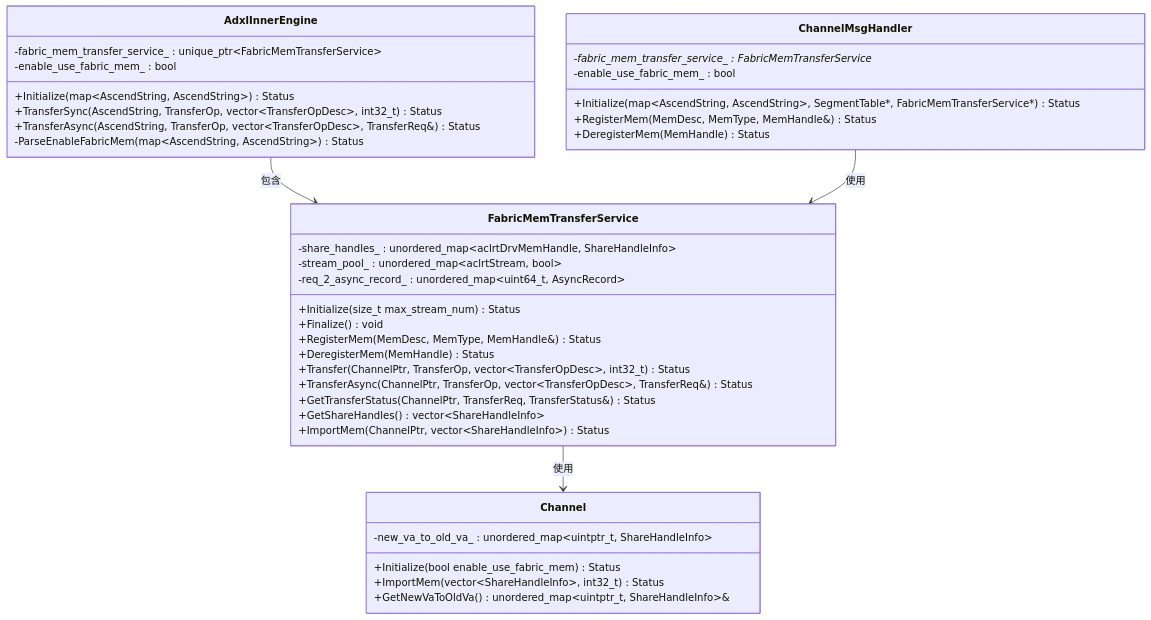
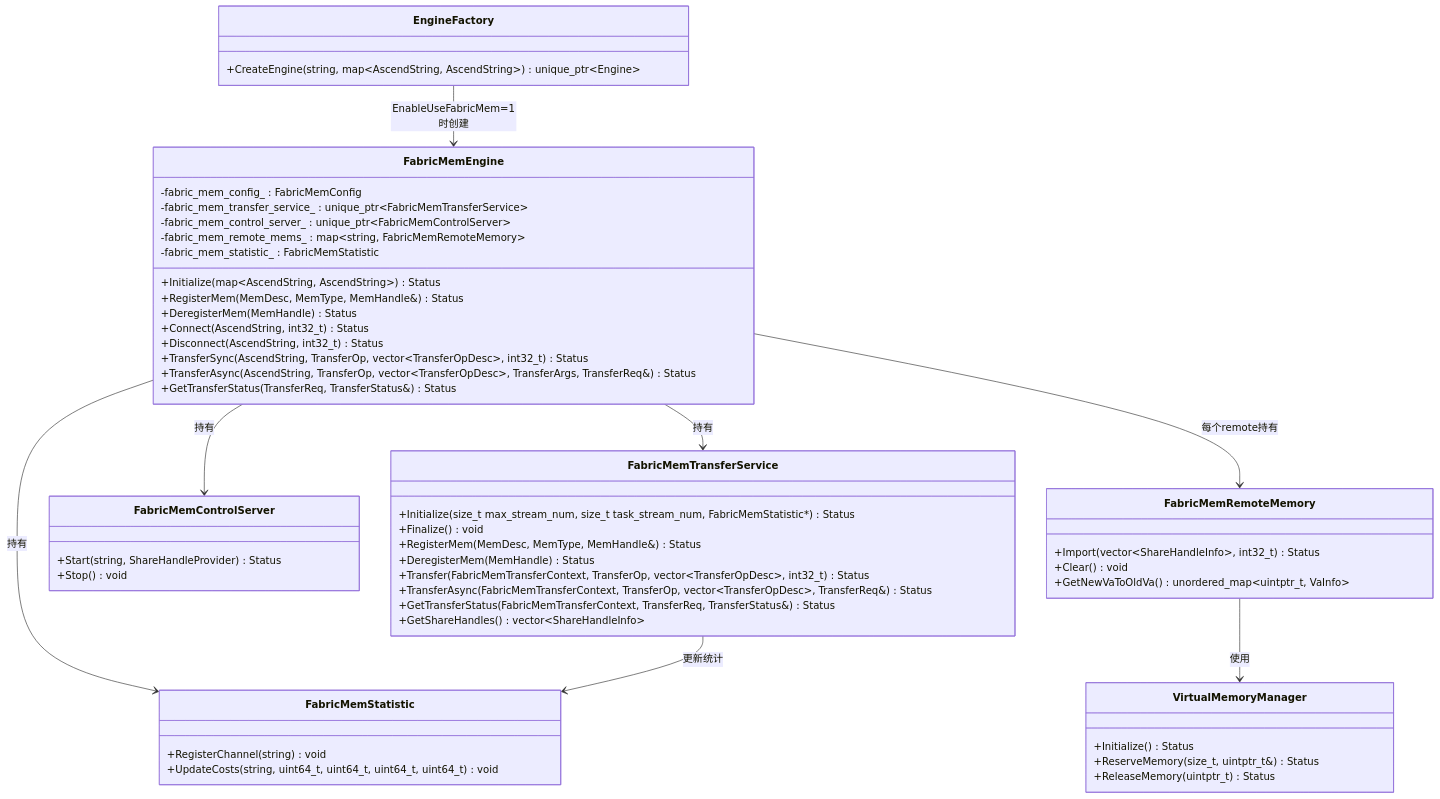
The first of 2 diagrams in docs/design/FabricMem模式设计.md (hicann/hixl), drawn with Mermaid before and after one commit. The commit also changed other lines of this file and 53 other files, not shown here.

First line of the commit message:
[refactor] refactor fabric_mem_transfer_service

````diff
--- a/docs/design/FabricMem模式设计.md
+++ b/docs/design/FabricMem模式设计.md
@@ -49,45 +53,63 @@
 ```mermaid
 classDiagram
+    class EngineFactory {
+        +CreateEngine(string, map~AscendString, AscendString~) unique_ptr~Engine~
+    }
+
+    class FabricMemEngine {
+        +Initialize(map~AscendString, AscendString~) Status
+        +RegisterMem(MemDesc, MemType, MemHandle&) Status
+        +DeregisterMem(MemHandle) Status
+        +Connect(AscendString, int32_t) Status
+        +Disconnect(AscendString, int32_t) Status
+        +TransferSync(AscendString, TransferOp, vector~TransferOpDesc~, int32_t) Status
+        +TransferAsync(AscendString, TransferOp, vector~TransferOpDesc~, TransferArgs, TransferReq&) Status
+        +GetTransferStatus(TransferReq, TransferStatus&) Status
+        -fabric_mem_config_ : FabricMemConfig
+        -fabric_mem_transfer_service_ : unique_ptr~FabricMemTransferService~
+        -fabric_mem_control_server_ : unique_ptr~FabricMemControlServer~
+        -fabric_mem_remote_mems_ : map~string, FabricMemRemoteMemory~
+        -fabric_mem_statistic_ : FabricMemStatistic
+    }
+
     class FabricMemTransferService {
-        +Initialize(size_t max_stream_num) Status
+        +Initialize(size_t max_stream_num, size_t task_stream_num, FabricMemStatistic*) Status
         +Finalize() void
         +RegisterMem(MemDesc, MemType, MemHandle&) Status
         +DeregisterMem(MemHandle) Status
-        +Transfer(ChannelPtr, TransferOp, vector~TransferOpDesc~, int32_t) Status
-        +TransferAsync(ChannelPtr, TransferOp, vector~TransferOpDesc~, TransferReq&) Status
-        +GetTransferStatus(ChannelPtr, TransferReq, TransferStatus&) Status
+        +Transfer(FabricMemTransferContext, TransferOp, vector~TransferOpDesc~, int32_t) Status
+        +TransferAsync(FabricMemTransferContext, TransferOp, vector~TransferOpDesc~, TransferReq&) Status
+        +GetTransferStatus(FabricMemTransferContext, TransferReq, TransferStatus&) Status
         +GetShareHandles() vector~ShareHandleInfo~
-        +ImportMem(ChannelPtr, vector~ShareHandleInfo~) Status
-        -share_handles_ : unordered_map~aclrtDrvMemHandle, ShareHandleInfo~
-        -stream_pool_ : unordered_map~aclrtStream, bool~
-        -req_2_async_record_ : unordered_map~uint64_t, AsyncRecord~
     }
 
-    class Channel {
-        +Initialize(bool enable_use_fabric_mem) Status
-        +ImportMem(vector~ShareHandleInfo~, int32_t) Status
-        +GetNewVaToOldVa() unordered_map~uintptr_t, ShareHandleInfo~&
-        -new_va_to_old_va_ : unordered_map~uintptr_t, ShareHandleInfo~
+    class FabricMemControlServer {
+        +Start(string, ShareHandleProvider) Status
+        +Stop() void
     }
 
-    class AdxlInnerEngine {
-        +Initialize(map~AscendString, AscendString~) Status
-        +TransferSync(AscendString, TransferOp, vector~TransferOpDesc~, int32_t) Status
-        +TransferAsync(AscendString, TransferOp, vector~TransferOpDesc~, TransferReq&) Status
-        -fabric_mem_transfer_service_ : unique_ptr~FabricMemTransferService~
-        -enable_use_fabric_mem_ : bool
-        -ParseEnableFabricMem(map~AscendString, AscendString~) Status
+    class FabricMemRemoteMemory {
+        +Import(vector~ShareHandleInfo~, int32_t) Status
+        +Clear() void
+        +GetNewVaToOldVa() unordered_map~uintptr_t, VaInfo~
     }
 
-    class ChannelMsgHandler {
-        +Initialize(map~AscendString, AscendString~, SegmentTable*, FabricMemTransferService*) Status
-        +RegisterMem(MemDesc, MemType, MemHandle&) Status
-        +DeregisterMem(MemHandle) Status
-        -fabric_mem_transfer_service_ : FabricMemTransferService*
-        -enable_use_fabric_mem_ : bool
+    class VirtualMemoryManager {
+        +Initialize() Status
+        +ReserveMemory(size_t, uintptr_t&) Status
+        +ReleaseMemory(uintptr_t) Status
     }
 
-    FabricMemTransferService --> Channel : 使用
-    AdxlInnerEngine --> FabricMemTransferService : 包含
-    ChannelMsgHandler --> FabricMemTransferService : 使用
+    class FabricMemStatistic {
+        +RegisterChannel(string) void
+        +UpdateCosts(string, uint64_t, uint64_t, uint64_t, uint64_t) void
+    }
+
+    EngineFactory --> FabricMemEngine : EnableUseFabricMem=1时创建
+    FabricMemEngine --> FabricMemTransferService : 持有
+    FabricMemEngine --> FabricMemControlServer : 持有
+    FabricMemEngine --> FabricMemRemoteMemory : 每个remote持有
+    FabricMemEngine --> FabricMemStatistic : 持有
+    FabricMemRemoteMemory --> VirtualMemoryManager : 使用
+    FabricMemTransferService --> FabricMemStatistic : 更新统计
 ```
````
